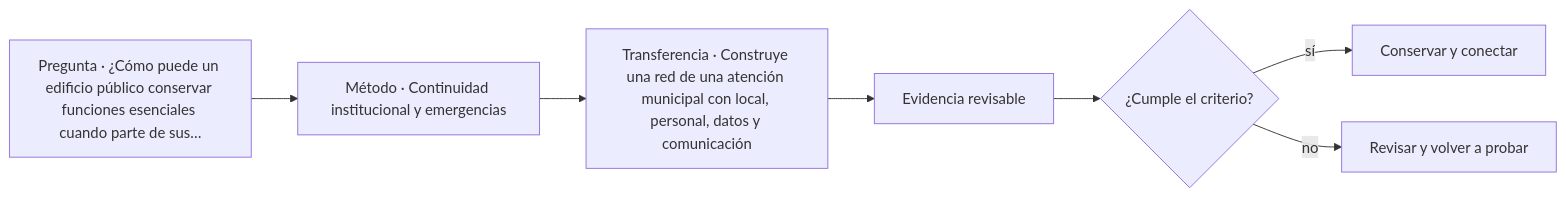
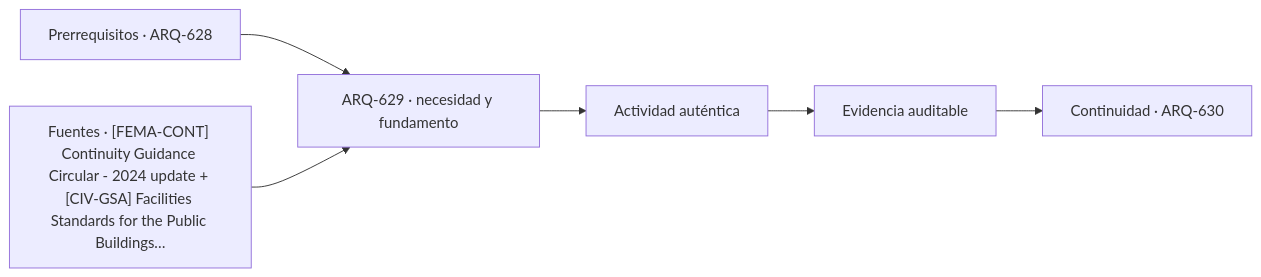
Before and after one commit to vladimiracunadev-create/architecture-built-environment-learning-program: the diagram in classes/parte-63/ARQ-629.md, drawn with Mermaid. The commit also changed other lines of this file and 761 other files, not shown here.

````diff
--- a/classes/parte-63/ARQ-629.md
+++ b/classes/parte-63/ARQ-629.md
@@ -58,9 +70,8 @@
 ```mermaid
 flowchart LR
-    Q["Pregunta · ¿Cómo puede un edificio público conservar funciones esenciales cuando parte de sus…"] --> M["Método · Continuidad institucional y emergencias"]
-    M --> P["Transferencia · Construye una red de una atención municipal con local, personal, datos y comunicación"]
-    P --> E["Evidencia revisable"]
-    E --> C{"¿Cumple el criterio?"}
-    C -->|sí| T["Conservar y conectar"]
-    C -->|no| R["Revisar y volver a probar"]
+    A["Prerrequisitos · ARQ-628"] --> B["ARQ-629 · necesidad y fundamento"]
+    S["Fuentes · [FEMA-CONT] Continuity Guidance Circular - 2024 update + [CIV-GSA] Facilities Standards for the Public Buildings…"] --> B
+    B --> C["Actividad auténtica"]
+    C --> D["Evidencia auditable"]
+    D --> E["Continuidad · ARQ-630"]
 ```
````
